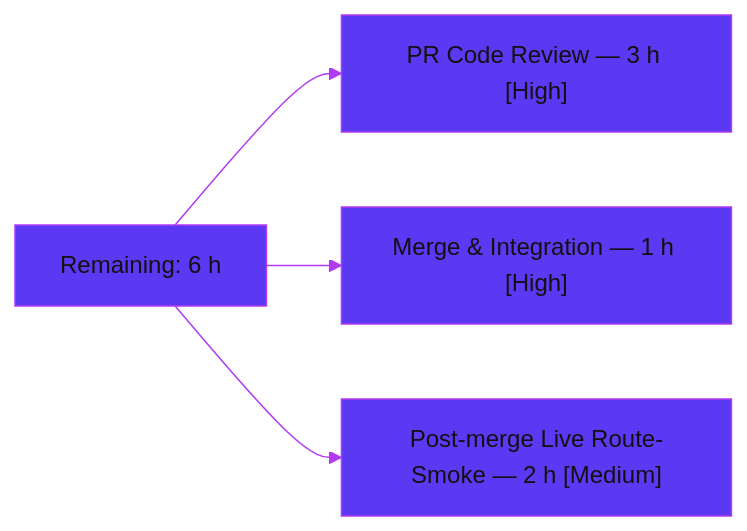
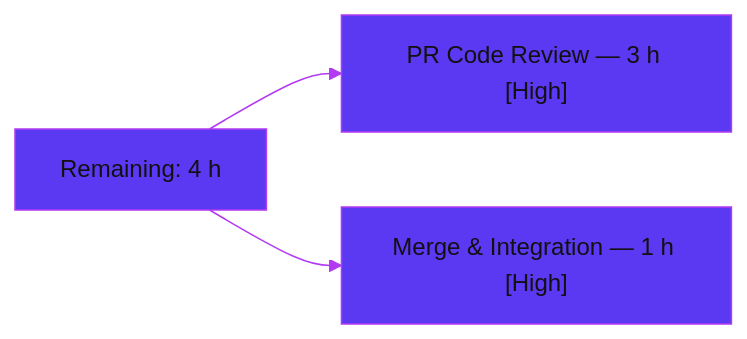
Before and after one commit to blitzy-public-samples/blitzy-WebVella-ERP: the third of 3 diagrams in blitzy/documentation/Project Guide.md, drawn with Mermaid. The commit also changed other lines of this file and 1 other file, not shown here.

````diff
--- a/blitzy/documentation/Project Guide.md
+++ b/blitzy/documentation/Project Guide.md
@@ -199,7 +196,6 @@
 ```mermaid
 %%{init: {'theme':'base', 'themeVariables': {'primaryColor':'#5B39F3','primaryTextColor':'#111111','primaryBorderColor':'#B23AF2','lineColor':'#B23AF2','tertiaryColor':'#A8FDD9'}}}%%
 graph LR
-    R["Remaining: 6 h"] --> A["PR Code Review — 3 h [High]"]
+    R["Remaining: 4 h"] --> A["PR Code Review — 3 h [High]"]
     R --> B["Merge & Integration — 1 h [High]"]
-    R --> C["Post-merge Live Route-Smoke — 2 h [Medium]"]
 ```
````
